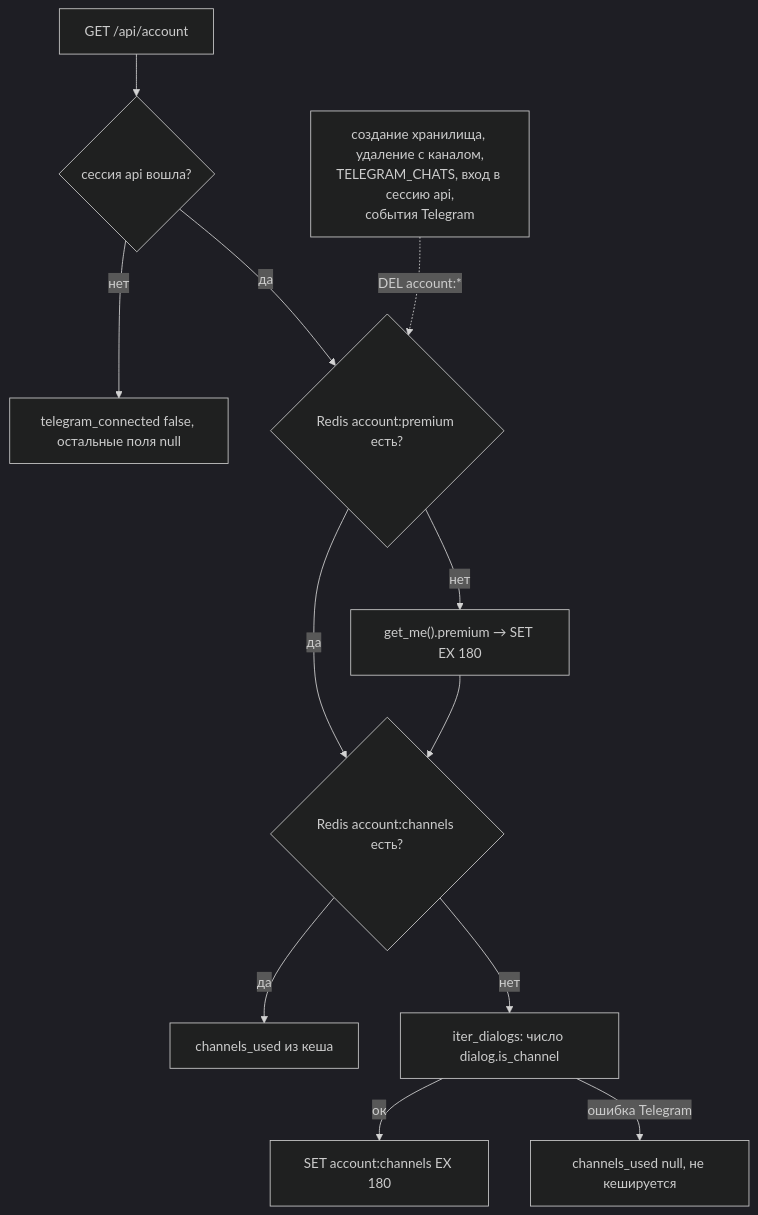
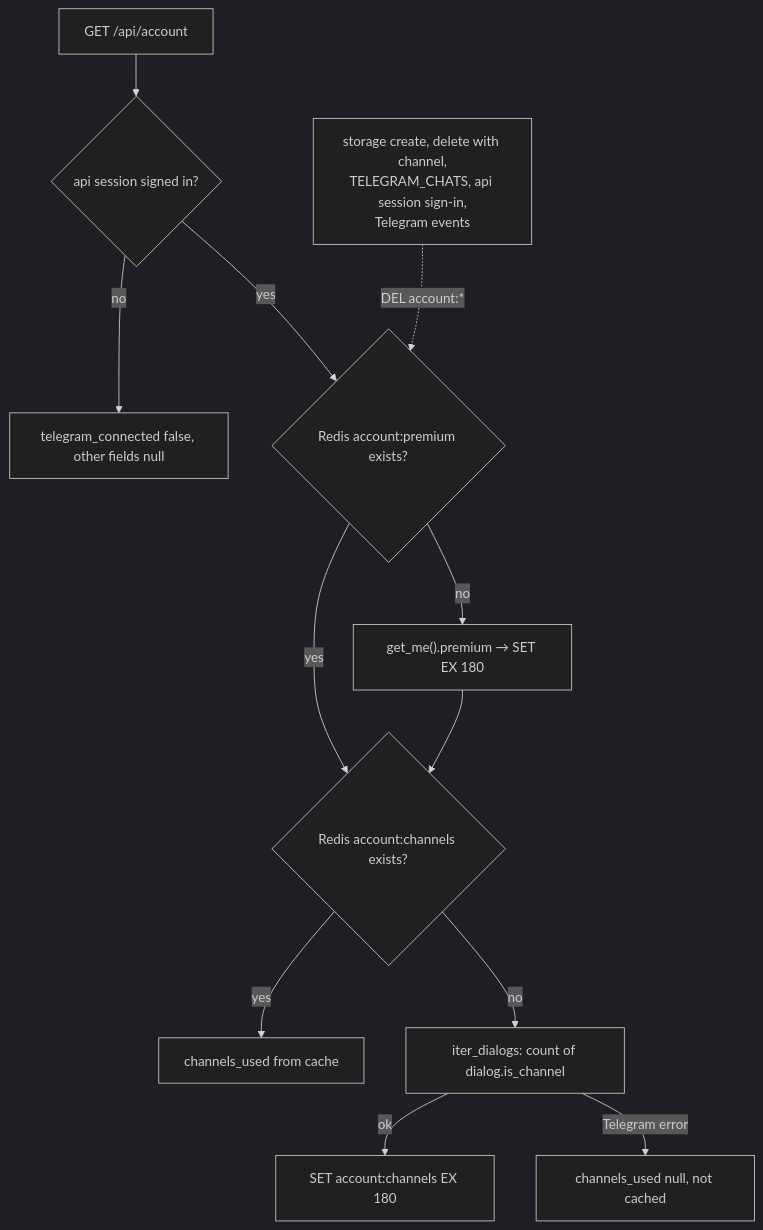
The third of 5 diagrams in docs/flows/storages.md (NikitkaZXC/tcloud-backend), drawn with Mermaid (dark theme) before and after one commit. The commit also changed other lines of this file and 20 other files, not shown here.

````diff
--- a/docs/flows/storages.md
+++ b/docs/flows/storages.md
@@ -102,14 +102,14 @@
 ```mermaid
 flowchart TD
-    get["GET /api/account"] --> auth{"сессия api вошла?"}
-    auth -->|нет| off["telegram_connected false, остальные поля null"]
-    auth -->|да| prem{"Redis account:premium есть?"}
-    prem -->|нет| me["get_me().premium → SET EX 180"]
-    prem -->|да| cache{"Redis account:channels есть?"}
+    get["GET /api/account"] --> auth{"api session signed in?"}
+    auth -->|no| off["telegram_connected false, other fields null"]
+    auth -->|yes| prem{"Redis account:premium exists?"}
+    prem -->|no| me["get_me().premium → SET EX 180"]
+    prem -->|yes| cache{"Redis account:channels exists?"}
     me --> cache
-    cache -->|да| hit["channels_used из кеша"]
-    cache -->|нет| count["iter_dialogs: число dialog.is_channel"]
-    count -->|ок| put["SET account:channels EX 180"]
-    count -->|ошибка Telegram| nul["channels_used null, не кешируется"]
-    reset["создание хранилища, удаление с каналом,<br/>TELEGRAM_CHATS, вход в сессию api,<br/>события Telegram"] -. "DEL account:*" .-> prem
+    cache -->|yes| hit["channels_used from cache"]
+    cache -->|no| count["iter_dialogs: count of dialog.is_channel"]
+    count -->|ok| put["SET account:channels EX 180"]
+    count -->|Telegram error| nul["channels_used null, not cached"]
+    reset["storage create, delete with channel,<br/>TELEGRAM_CHATS, api session sign-in,<br/>Telegram events"] -. "DEL account:*" .-> prem
 ```
````
